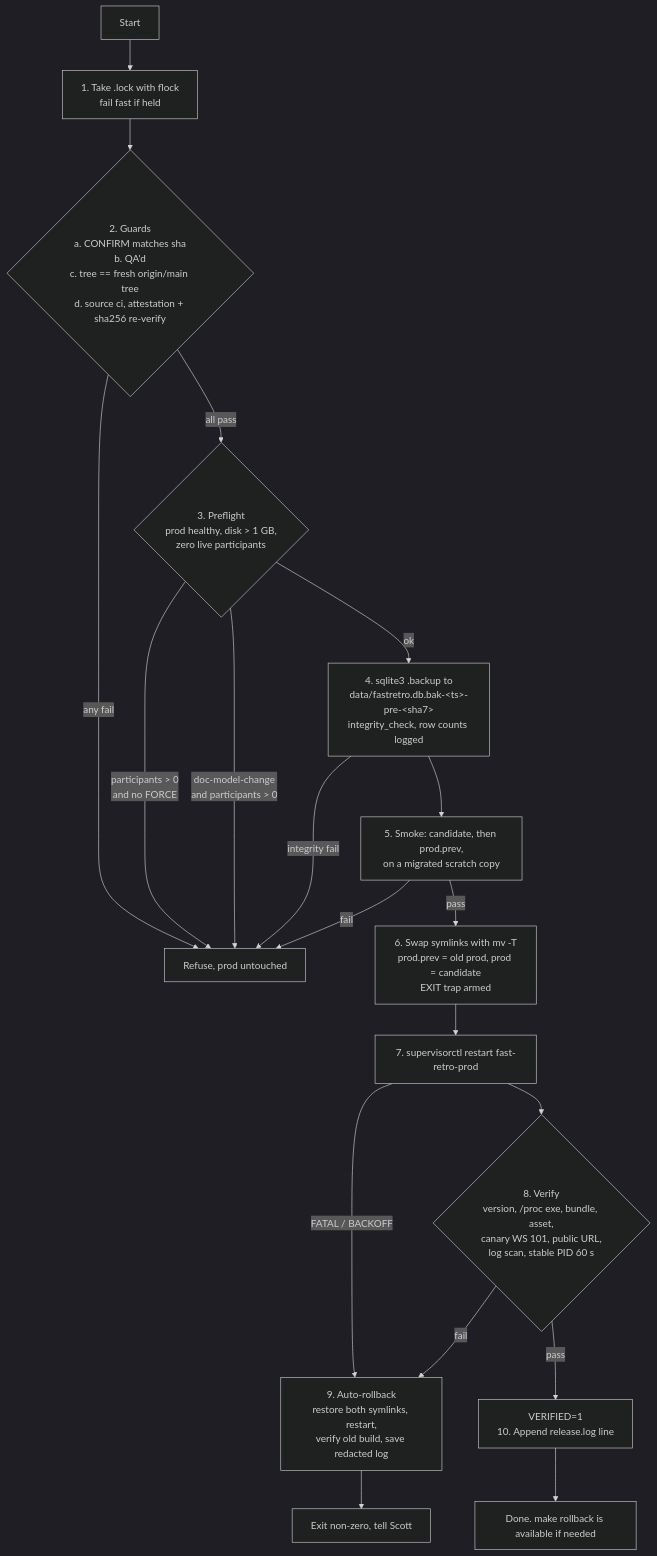
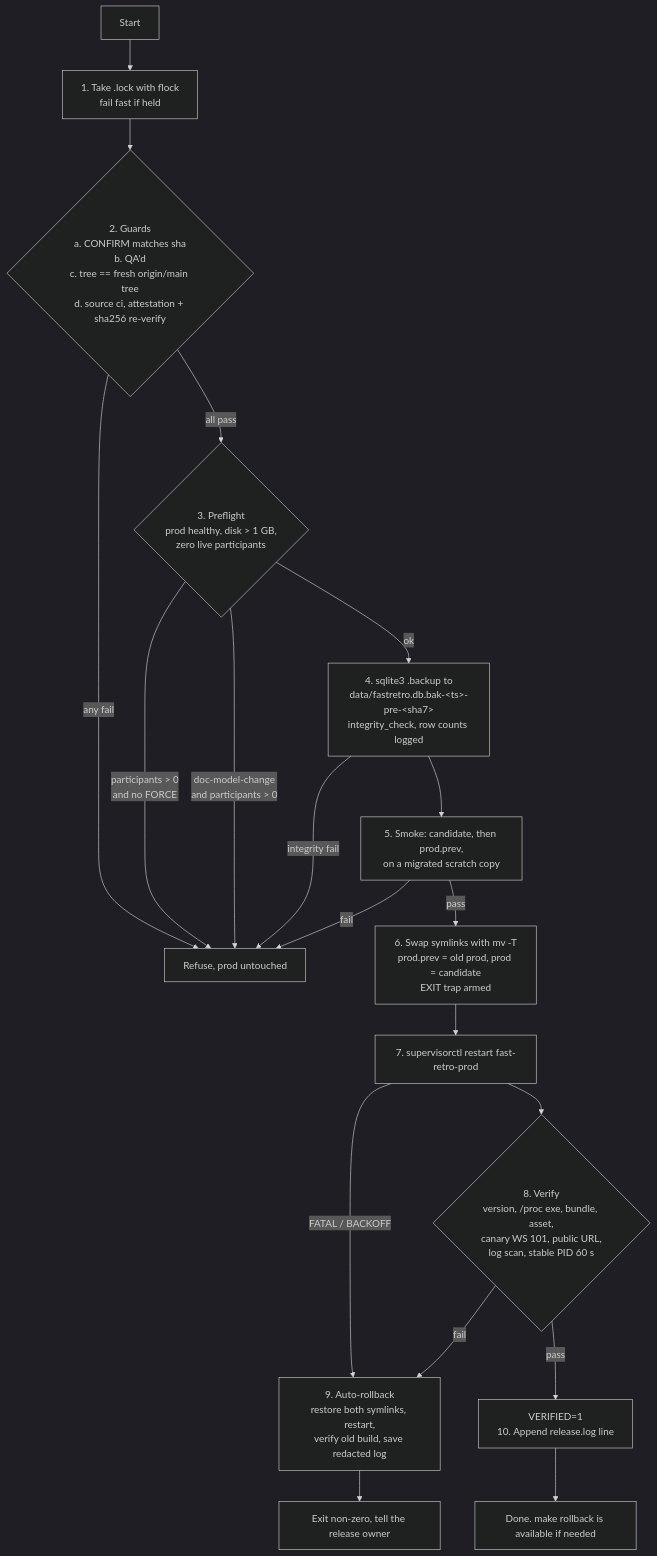
One commit to 5cotts/fast-retro changed the second of 2 diagrams in docs/release-plan.md. Above: the diagram before and after it, drawn with Mermaid (dark theme). The commit also changed other lines of this file and 13 other files, not shown here.

````diff
--- a/docs/release-plan.md
+++ b/docs/release-plan.md
@@ -444,21 +438,21 @@
 ```mermaid
 flowchart TD
     S["Start"] --> L1["1. Take .lock with flock<br/>fail fast if held"]
     L1 --> G1{"2. Guards<br/>a. CONFIRM matches sha<br/>b. QA'd<br/>c. tree == fresh origin/main tree<br/>d. source ci, attestation + sha256 re-verify"}
     G1 -->|any fail| R0["Refuse, prod untouched"]
     G1 -->|all pass| P1{"3. Preflight<br/>prod healthy, disk &gt; 1 GB,<br/>zero live participants"}
     P1 -->|participants &gt; 0<br/>and no FORCE| R0
     P1 -->|doc-model-change<br/>and participants &gt; 0| R0
     P1 -->|ok| B1["4. sqlite3 .backup to<br/>data/fastretro.db.bak-&lt;ts&gt;-pre-&lt;sha7&gt;<br/>integrity_check, row counts logged"]
     B1 -->|integrity fail| R0
     B1 --> SM["5. Smoke: candidate, then prod.prev,<br/>on a migrated scratch copy"]
     SM -->|fail| R0
     SM -->|pass| SW["6. Swap symlinks with mv -T<br/>prod.prev = old prod, prod = candidate<br/>EXIT trap armed"]
     SW --> RS["7. supervisorctl restart fast-retro-prod"]
     RS -->|FATAL / BACKOFF| RB
     RS --> V{"8. Verify<br/>version, /proc exe, bundle, asset,<br/>canary WS 101, public URL,<br/>log scan, stable PID 60 s"}
     V -->|fail| RB["9. Auto-rollback<br/>restore both symlinks, restart,<br/>verify old build, save redacted log"]
-    RB --> X["Exit non-zero, tell Scott"]
+    RB --> X["Exit non-zero, tell the release owner"]
     V -->|pass| OK["VERIFIED=1<br/>10. Append release.log line"]
     OK --> D["Done. make rollback is available if needed"]
 ```
````
